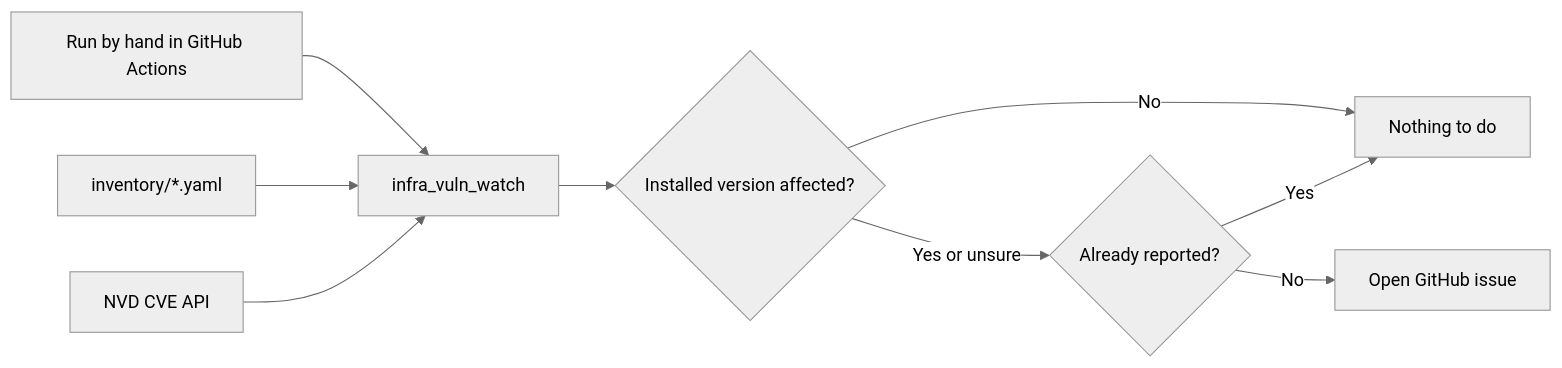
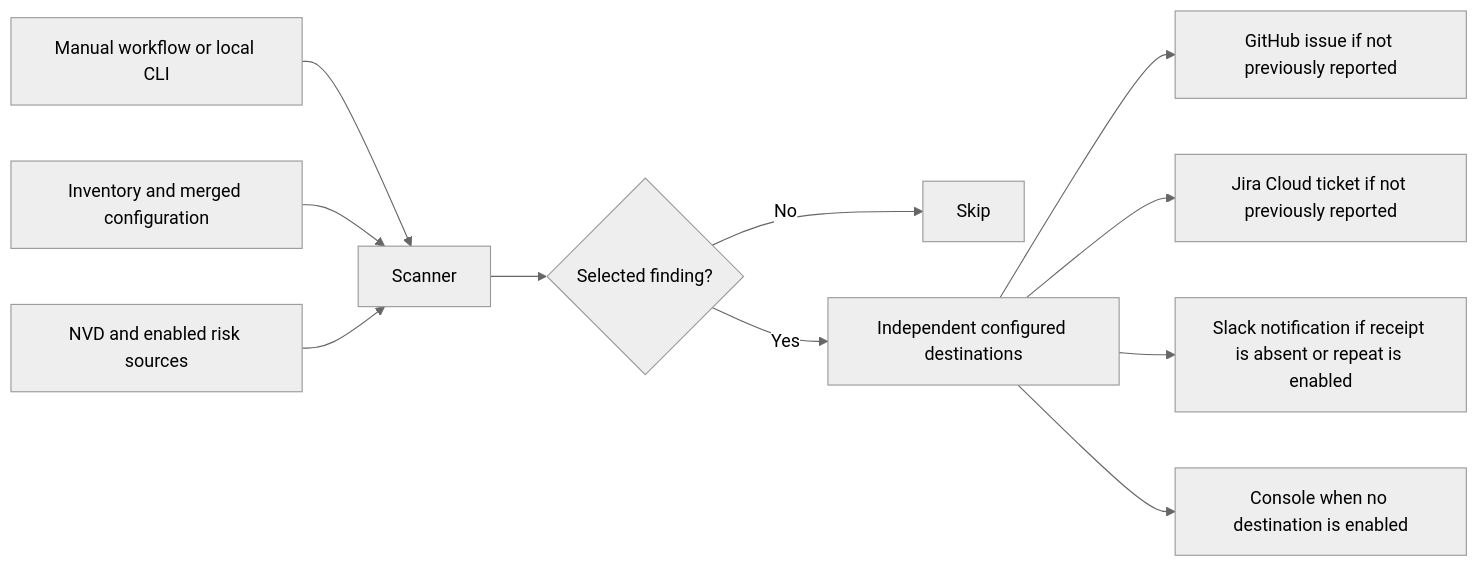
One commit to iamunnip/infra-vuln-watch changed the diagram in README.md. Above: the diagram before and after it, drawn with Mermaid (neutral theme). The commit also changed other lines of this file and 130 other files, not shown here.

Commit message:
add configurable deployment scans and architecture docs

````diff
--- a/README.md
+++ b/README.md
@@ -47,11 +60,13 @@
 ```mermaid
 flowchart LR
-    start[Run by hand in GitHub Actions] --> scan["infra_vuln_watch"]
-    inventory["inventory/*.yaml"] --> scan
-    nvd[NVD CVE API] --> scan
-    scan --> check{Installed version affected?}
-    check -->|No| skip[Nothing to do]
-    check -->|Yes or unsure| reported{Already reported?}
-    reported -->|Yes| skip
-    reported -->|No| issue[Open GitHub issue]
+    start[Manual workflow or local CLI] --> scan[Scanner]
+    inventory[Inventory and merged configuration] --> scan
+    sources[NVD and enabled risk sources] --> scan
+    scan --> selected{Selected finding?}
+    selected -->|No| skip[Skip]
+    selected -->|Yes| route[Independent configured destinations]
+    route --> github[GitHub issue if not previously reported]
+    route --> jira[Jira Cloud ticket if not previously reported]
+    route --> slack[Slack notification if receipt is absent or repeat is enabled]
+    route --> console[Console when no destination is enabled]
 ```
````
